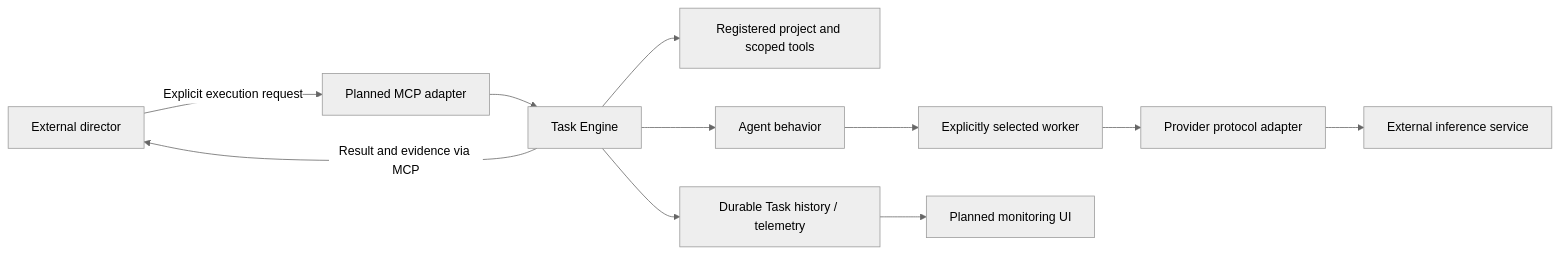
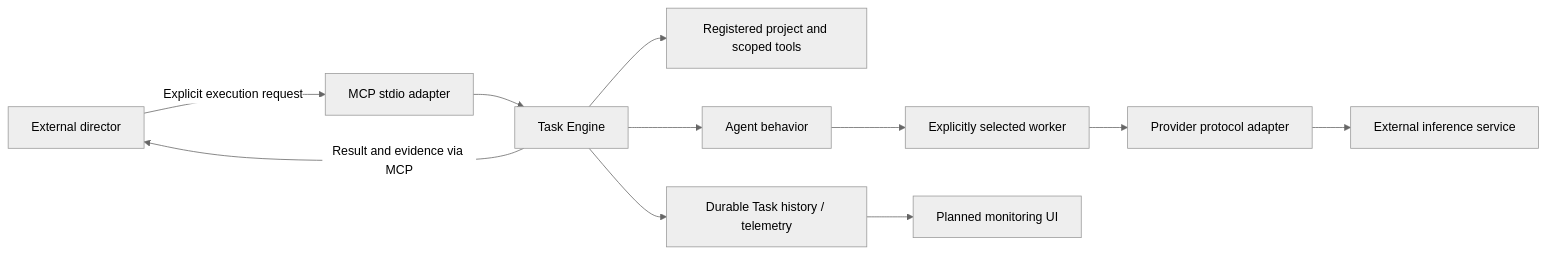
The first of 3 diagrams in docs/architecture.md (tinuvael/AgentForge), drawn with Mermaid (neutral theme) before and after one commit. The commit also changed other lines of this file and 15 other files, not shown here.

Commit message:
Implement Phase 08 typed MCP stdio control interface

````diff
--- a/docs/architecture.md
+++ b/docs/architecture.md
@@ -31,13 +32,13 @@
 ```mermaid
 flowchart LR
-    D[External director] -->|Explicit execution request| M[Planned MCP adapter]
+    D[External director] -->|Explicit execution request| M[MCP stdio adapter]
     M --> E[Task Engine]
     E --> P[Registered project and scoped tools]
     E --> A[Agent behavior]
     A --> W[Explicitly selected worker]
     W --> V[Provider protocol adapter]
     V --> I[External inference service]
     E --> T[Durable Task history / telemetry]
     T --> U[Planned monitoring UI]
     E -->|Result and evidence via MCP| D
 ```
````
